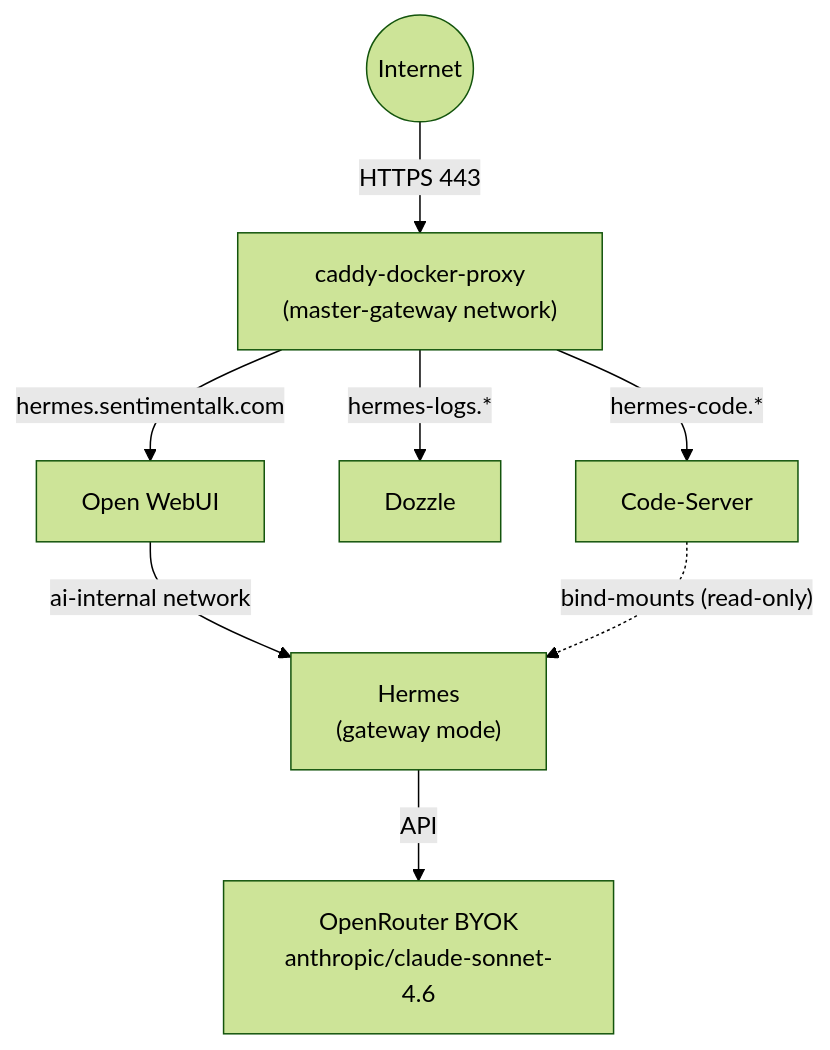
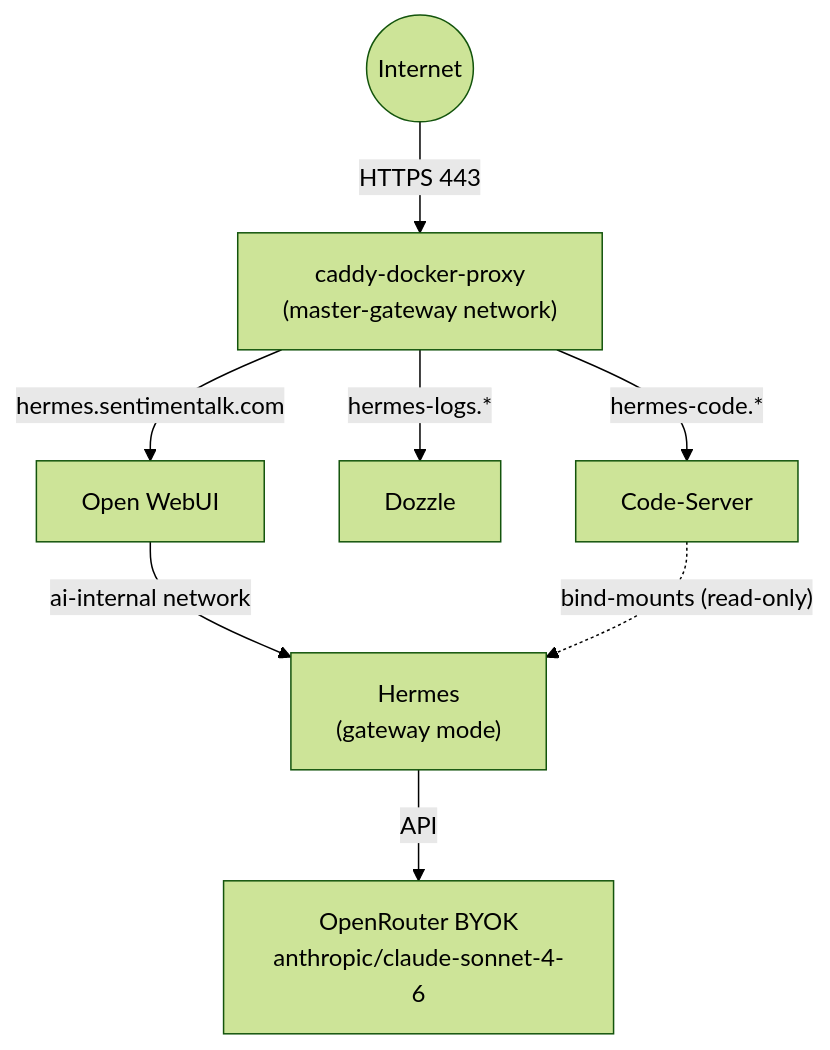
Before and after one commit to SentimentalK/Hermes: the diagram in README.md, drawn with Mermaid (forest theme). The commit also changed 1 other file, not shown here.

Commit message:
Use OpenRouter Sonnet 4.6 BYOK model

````diff
--- a/README.md
+++ b/README.md
@@ -9,14 +9,14 @@
 ```mermaid
 flowchart TD
     Internet(("Internet")) -->|"HTTPS 443"| Caddy["caddy-docker-proxy<br/>(master-gateway network)"]
     
     Caddy -->|"hermes.sentimentalk.com"| WebUI["Open WebUI"]
     Caddy -->|"hermes-logs.*"| Dozzle["Dozzle"]
     Caddy -->|"hermes-code.*"| CodeServer["Code-Server"]
     
     WebUI -->|"ai-internal network"| Hermes["Hermes<br/>(gateway mode)"]
     
     CodeServer -.->|"bind-mounts (read-only)"| Hermes
     
-    Hermes -->|"API"| OpenRouter["OpenRouter BYOK<br/>anthropic/claude-sonnet-4.6"]
+    Hermes -->|"API"| OpenRouter["OpenRouter BYOK<br/>anthropic/claude-sonnet-4-6"]
 ```
````
